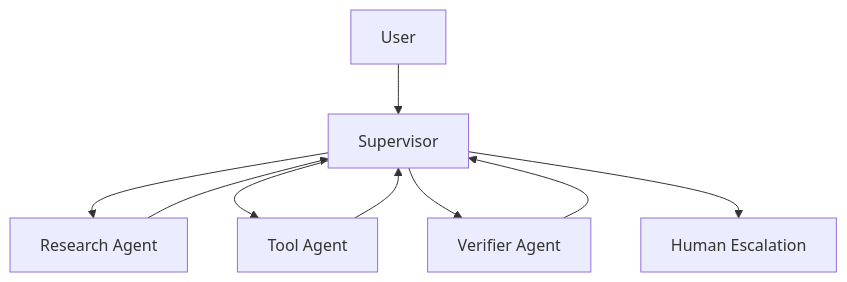
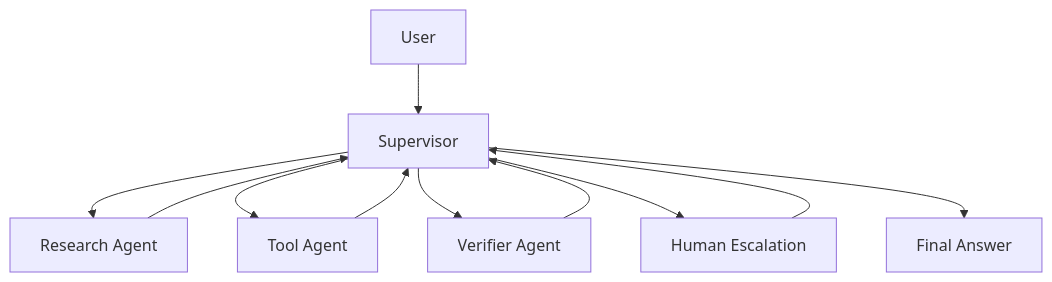
The diagram in docs/en/cases/customer-support-multi-agent.md (muchengit/agent-top), drawn with Mermaid before and after one commit. The commit also changed other lines of this file and 24 other files, not shown here.

````diff
--- a/docs/en/cases/customer-support-multi-agent.md
+++ b/docs/en/cases/customer-support-multi-agent.md
@@ -16,11 +24,13 @@
 ```mermaid
 flowchart TD
   U[User] --> S[Supervisor]
   S --> R[Research Agent]
   S --> T[Tool Agent]
   S --> V[Verifier Agent]
   S --> H[Human Escalation]
   R --> S
   T --> S
   V --> S
+  H --> S
+  S --> A[Final Answer]
 ```
````
